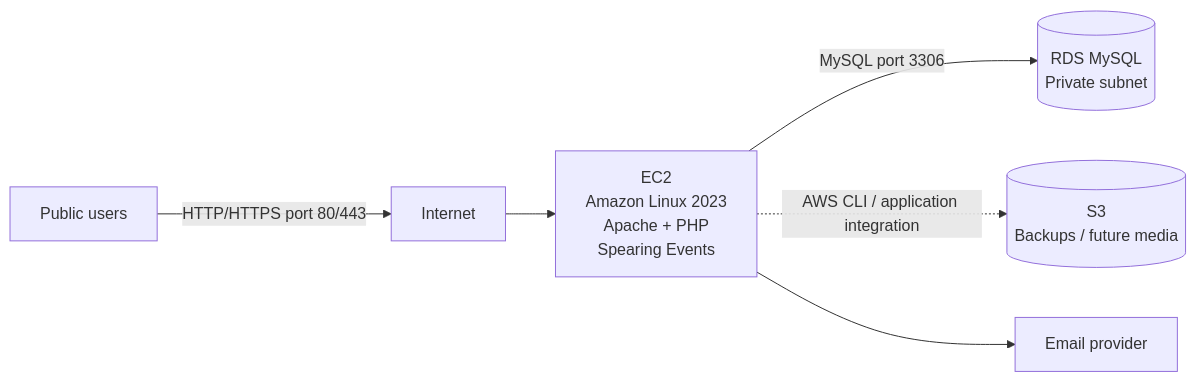
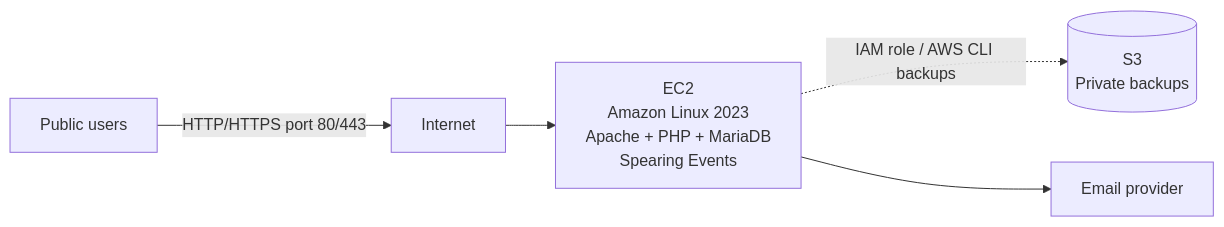
The third of 3 diagrams in README.md (pprajwaldeshpande-tech/spearing_events-main), drawn with Mermaid before and after one commit. The commit also changed other lines of this file, not shown here.

````diff
--- a/README.md
+++ b/README.md
@@ -366,15 +366,13 @@
 ```mermaid
 flowchart LR
     User["Public users"]
     Internet["Internet"]
-    EC2["EC2\nAmazon Linux 2023\nApache + PHP\nSpearing Events"]
-    RDS[("RDS MySQL\nPrivate subnet")]
-    S3[("S3\nBackups / future media")]
+    EC2["EC2\nAmazon Linux 2023\nApache + PHP + MariaDB\nSpearing Events"]
+    S3[("S3\nPrivate backups")]
     SMTP["Email provider"]
 
     User -->|"HTTP/HTTPS port 80/443"| Internet
     Internet --> EC2
-    EC2 -->|"MySQL port 3306"| RDS
-    EC2 -. "AWS CLI / application integration" .-> S3
+    EC2 -. "IAM role / AWS CLI backups" .-> S3
     EC2 --> SMTP
 ```
````
